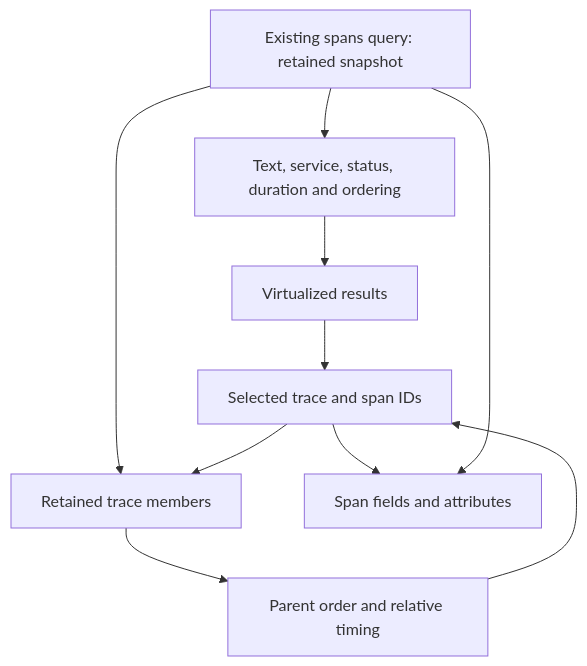
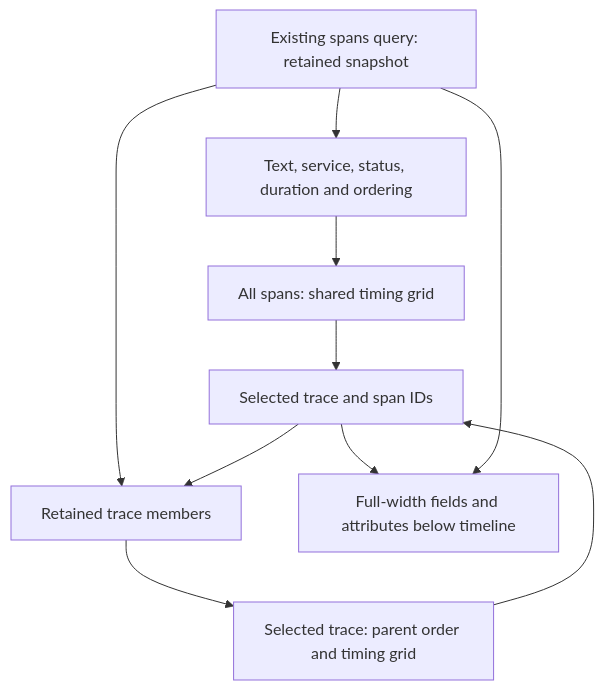
Before and after one commit to baander-app/baander: the diagram in docs/plans/2026-11-21-1002-feat-admin-span-inspector-plan.md, drawn with Mermaid. The commit also changed other lines of this file, not shown here.

First line of the commit message:
docs: revise span inspector around a full-width timeline

````diff
--- a/docs/plans/2026-11-21-1002-feat-admin-span-inspector-plan.md
+++ b/docs/plans/2026-11-21-1002-feat-admin-span-inspector-plan.md
@@ -76,12 +82,12 @@
 ```mermaid
 flowchart TD
   API[Existing spans query: retained snapshot] --> Search[Text, service, status, duration and ordering]
-  Search --> Results[Virtualized results]
-  Results --> Selection[Selected trace and span IDs]
+  Search --> All[All spans: shared timing grid]
+  All --> Selection[Selected trace and span IDs]
   API --> Trace[Retained trace members]
   Selection --> Trace
-  Trace --> Waterfall[Parent order and relative timing]
+  Trace --> Waterfall[Selected trace: parent order and timing grid]
   Waterfall --> Selection
-  Selection --> Details[Span fields and attributes]
+  Selection --> Details[Full-width fields and attributes below timeline]
   API --> Details
 ```
````
